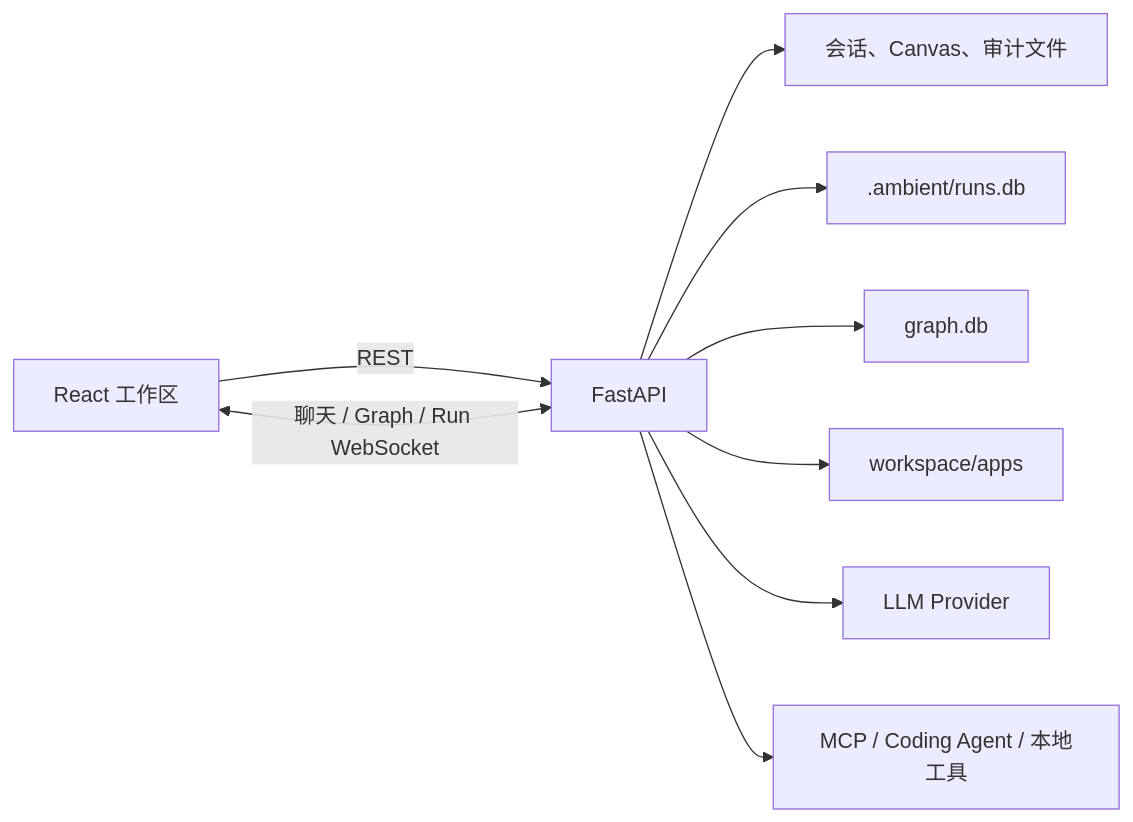
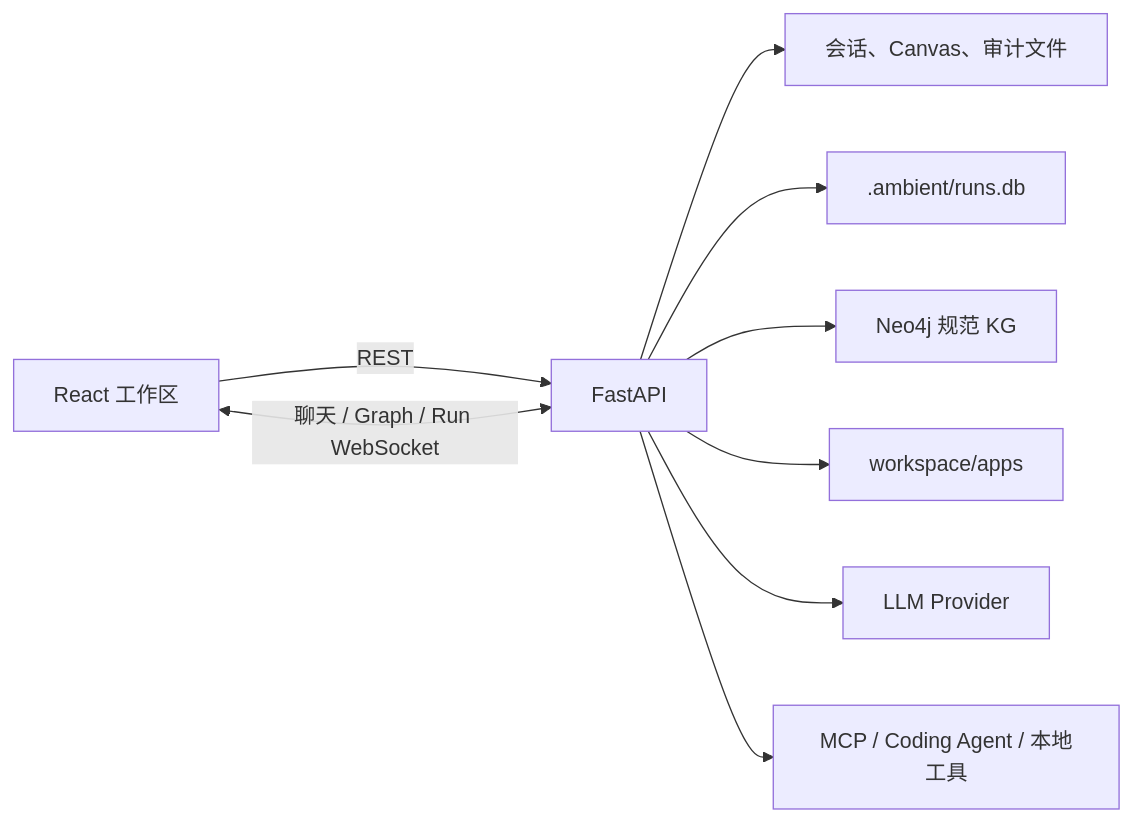
One commit to BillShiyaoZhang/ambient-agent changed the diagram in docs/architecture/overview.md. Above: the diagram before and after it, drawn with Mermaid. The commit also changed other lines of this file and 43 other files, not shown here.

````diff
--- a/docs/architecture/overview.md
+++ b/docs/architecture/overview.md
@@ -5,11 +5,11 @@
 ```mermaid
 flowchart LR
     Browser[React 工作区] -->|REST| API[FastAPI]
     Browser <-->|聊天 / Graph / Run WebSocket| API
     API --> Workspace[会话、Canvas、审计文件]
     API --> RunStore[.ambient/runs.db]
-    API --> Graph[graph.db]
+    API --> Graph[Neo4j 规范 KG]
     API --> Apps[workspace/apps]
     API --> LLM[LLM Provider]
     API --> External[MCP / Coding Agent / 本地工具]
 ```
````
